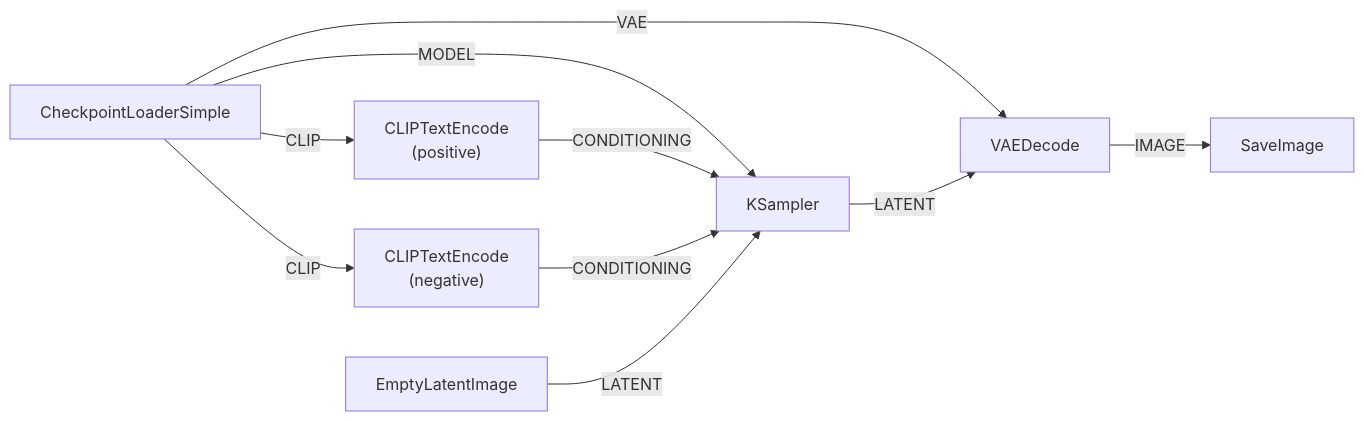
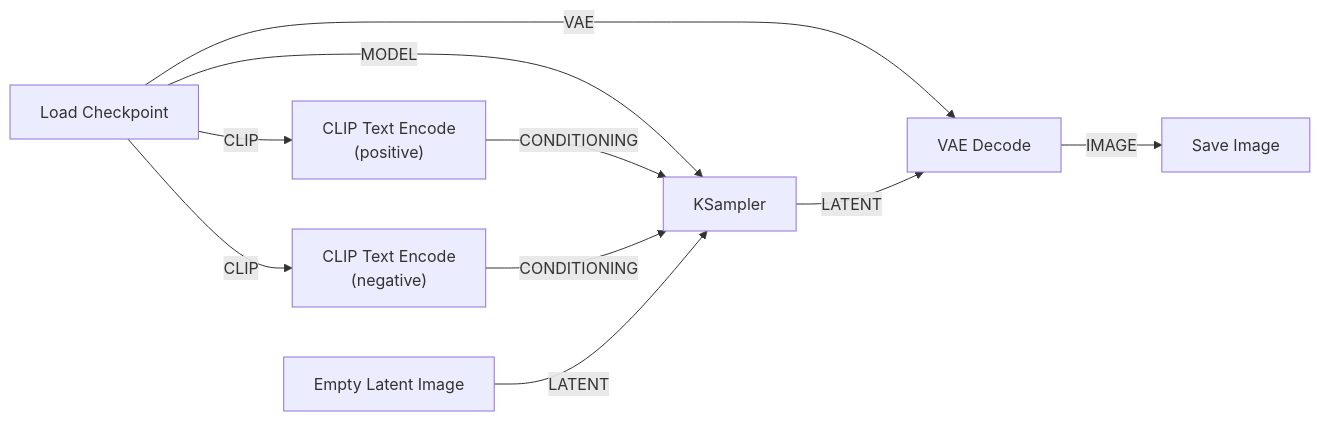
One commit to AndrewAltimit/Documentation changed the second of 3 diagrams in github-pages/docs/ai-ml/comfyui-guide.md. Above: the diagram before and after it, drawn with Mermaid. The commit also changed other lines of this file and 240 other files, not shown here.

````diff
--- a/github-pages/docs/ai-ml/comfyui-guide.md
+++ b/github-pages/docs/ai-ml/comfyui-guide.md
@@ -169,12 +174,12 @@
 ```mermaid
 flowchart LR
-    CKPT["CheckpointLoaderSimple"] -->|MODEL| KS["KSampler"]
-    CKPT -->|CLIP| PT["CLIPTextEncode<br/>(positive)"]
-    CKPT -->|CLIP| NT["CLIPTextEncode<br/>(negative)"]
-    CKPT -->|VAE| VD["VAEDecode"]
+    CKPT["Load Checkpoint"] -->|MODEL| KS["KSampler"]
+    CKPT -->|CLIP| PT["CLIP Text Encode<br/>(positive)"]
+    CKPT -->|CLIP| NT["CLIP Text Encode<br/>(negative)"]
+    CKPT -->|VAE| VD["VAE Decode"]
     PT -->|CONDITIONING| KS
     NT -->|CONDITIONING| KS
-    EL["EmptyLatentImage"] -->|LATENT| KS
+    EL["Empty Latent Image"] -->|LATENT| KS
     KS -->|LATENT| VD
-    VD -->|IMAGE| SI["SaveImage"]
+    VD -->|IMAGE| SI["Save Image"]
 ```
````
